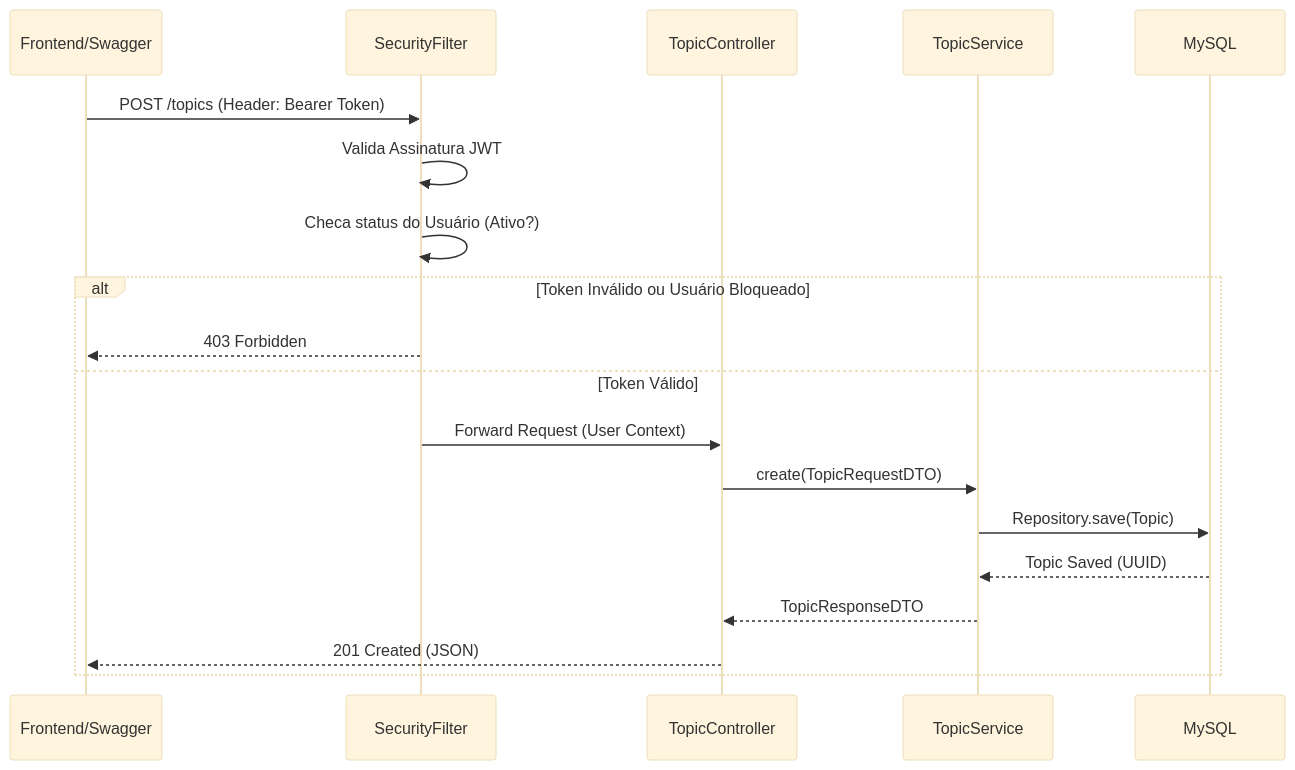
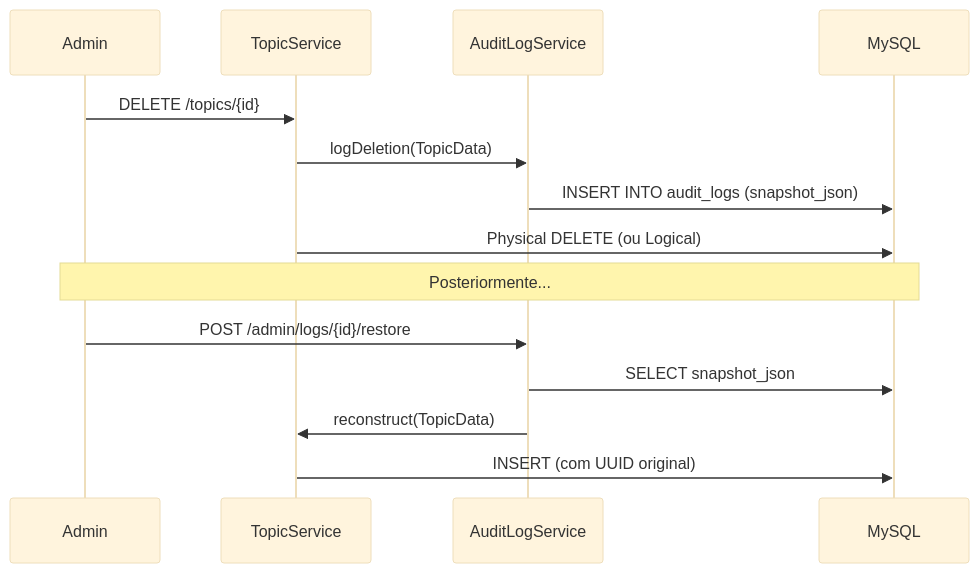
One commit to DessimA/forum-hub changed the fourth of 4 diagrams in docs/pt-br/02-arquitetura.md. Above: the diagram before and after it, drawn with Mermaid (base theme). The commit also changed other lines of this file and 80 other files, not shown here.

````diff
--- a/docs/pt-br/02-arquitetura.md
+++ b/docs/pt-br/02-arquitetura.md
@@ -138,23 +173,19 @@
 ```mermaid
 sequenceDiagram
-    participant Client as Frontend/Swagger
-    participant Filter as SecurityFilter
-    participant API as TopicController
+    participant Admin
     participant Service as TopicService
+    participant Audit as AuditLogService
     participant DB as MySQL
 
-    Client->>Filter: POST /topics (Header: Bearer Token)
-    Filter->>Filter: Valida Assinatura JWT
-    Filter->>Filter: Checa status do Usuário (Ativo?)
+    Admin->>Service: DELETE /topics/{id}
+    Service->>Audit: logDeletion(TopicData)
+    Audit->>DB: INSERT INTO audit_logs (snapshot_json)
+    Service->>DB: Physical DELETE (ou Logical)
     
-    alt Token Inválido ou Usuário Bloqueado
-        Filter-->>Client: 403 Forbidden
-    else Token Válido
-        Filter->>API: Forward Request (User Context)
-        API->>Service: create(TopicRequestDTO)
-        Service->>DB: Repository.save(Topic)
-        DB-->>Service: Topic Saved (UUID)
-        Service-->>API: TopicResponseDTO
-        API-->>Client: 201 Created (JSON)
-    end
+    Note over Admin, DB: Posteriormente...
+    
+    Admin->>Audit: POST /admin/logs/{id}/restore
+    Audit->>DB: SELECT snapshot_json
+    Audit->>Service: reconstruct(TopicData)
+    Service->>DB: INSERT (com UUID original)
 ```
````
